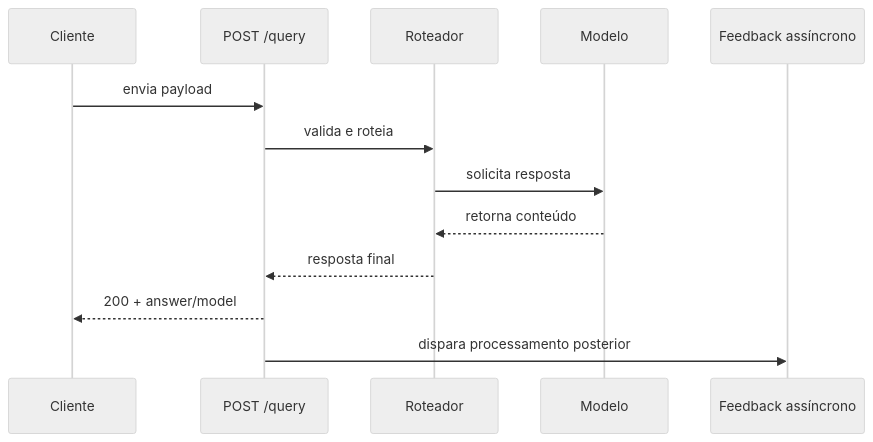
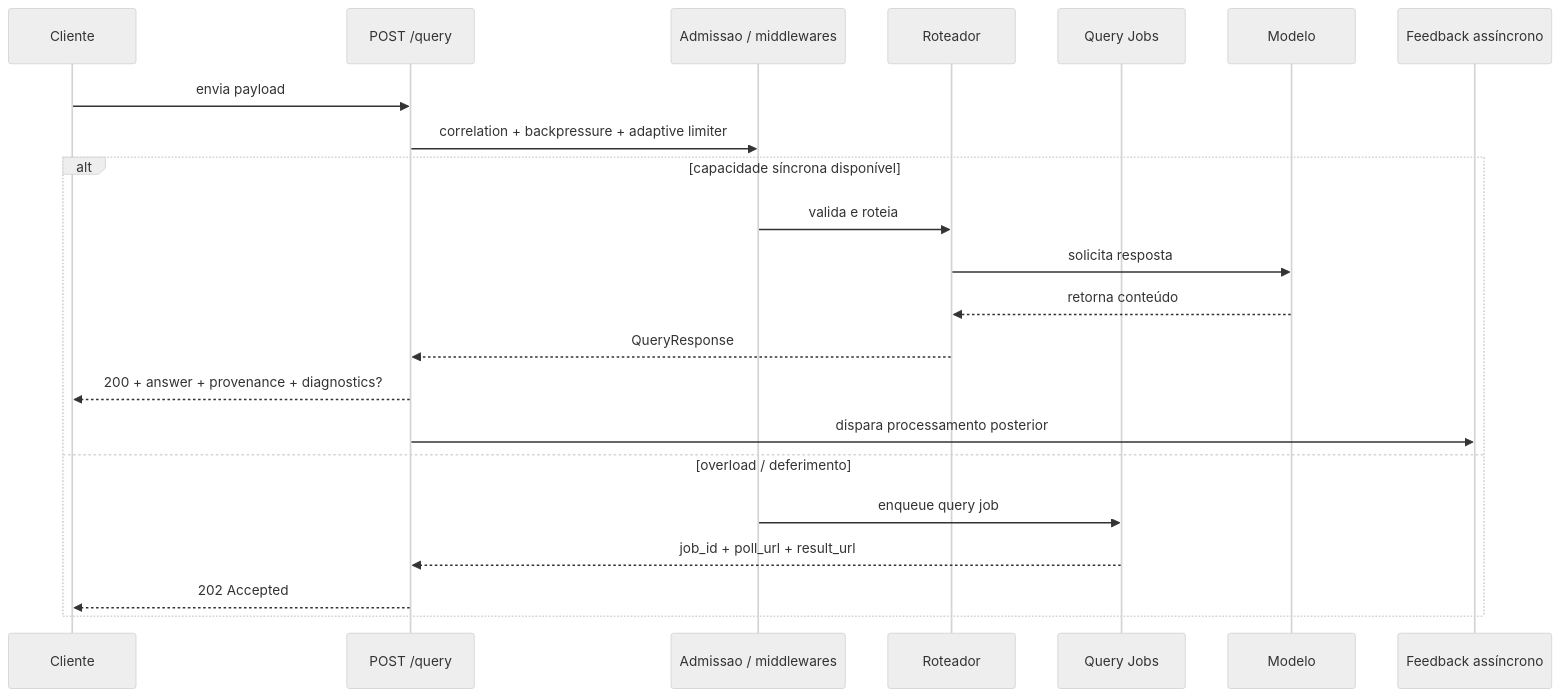
One commit to jeffersonduartebr/iag_forall changed the second of 3 diagrams in docs/API.md. Above: the diagram before and after it, drawn with Mermaid (neutral theme). The commit also changed other lines of this file and 3 other files, not shown here.

First line of the commit message:
docs: refresh diagrams for async query flow and new response contract

````diff
--- a/docs/API.md
+++ b/docs/API.md
@@ -30,16 +32,25 @@
 ```mermaid
 sequenceDiagram
     participant C as Cliente
     participant API as POST /query
+    participant AD as Admissao / middlewares
     participant R as Roteador
+    participant Q as Query Jobs
     participant M as Modelo
     participant F as Feedback assíncrono
 
     C->>API: envia payload
-    API->>R: valida e roteia
-    R->>M: solicita resposta
-    M-->>R: retorna conteúdo
-    R-->>API: resposta final
-    API-->>C: 200 + answer/model
-    API->>F: dispara processamento posterior
+    API->>AD: correlation + backpressure + adaptive limiter
+    alt capacidade síncrona disponível
+        AD->>R: valida e roteia
+        R->>M: solicita resposta
+        M-->>R: retorna conteúdo
+        R-->>API: QueryResponse
+        API-->>C: 200 + answer + provenance + diagnostics?
+        API->>F: dispara processamento posterior
+    else overload / deferimento
+        AD->>Q: enqueue query job
+        Q-->>API: job_id + poll_url + result_url
+        API-->>C: 202 Accepted
+    end
 ```
````
